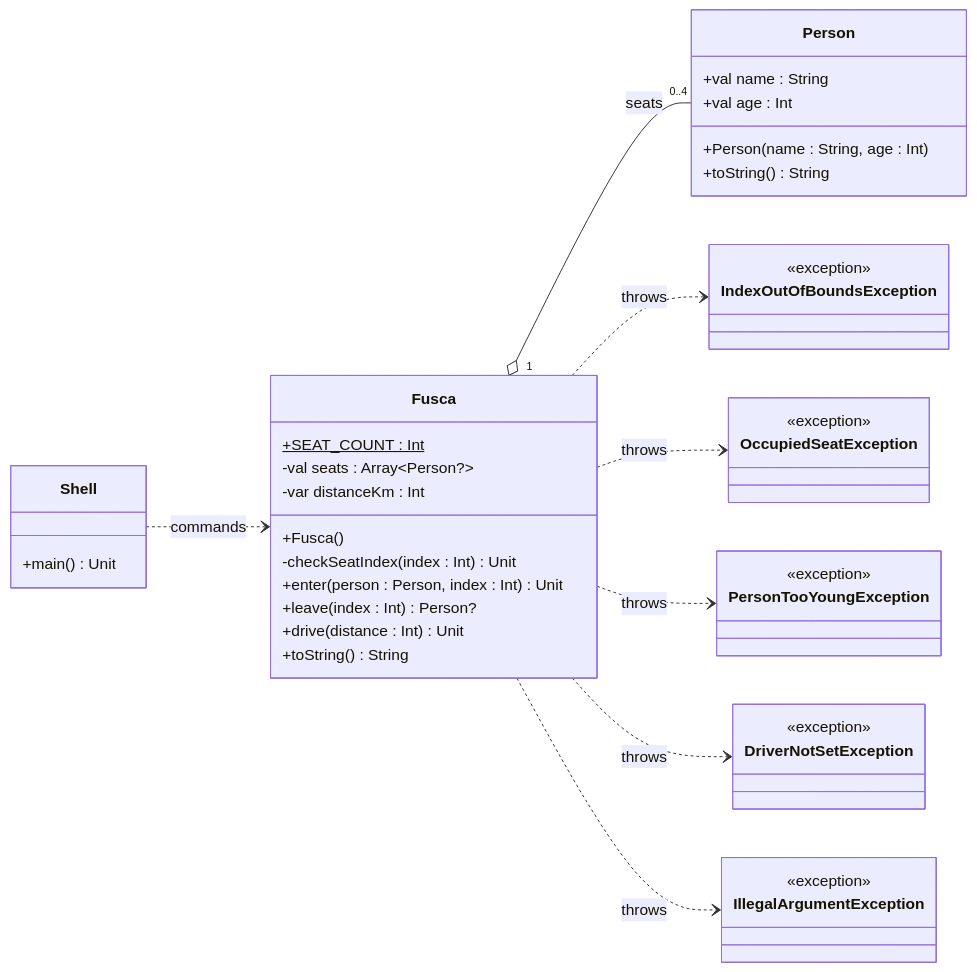
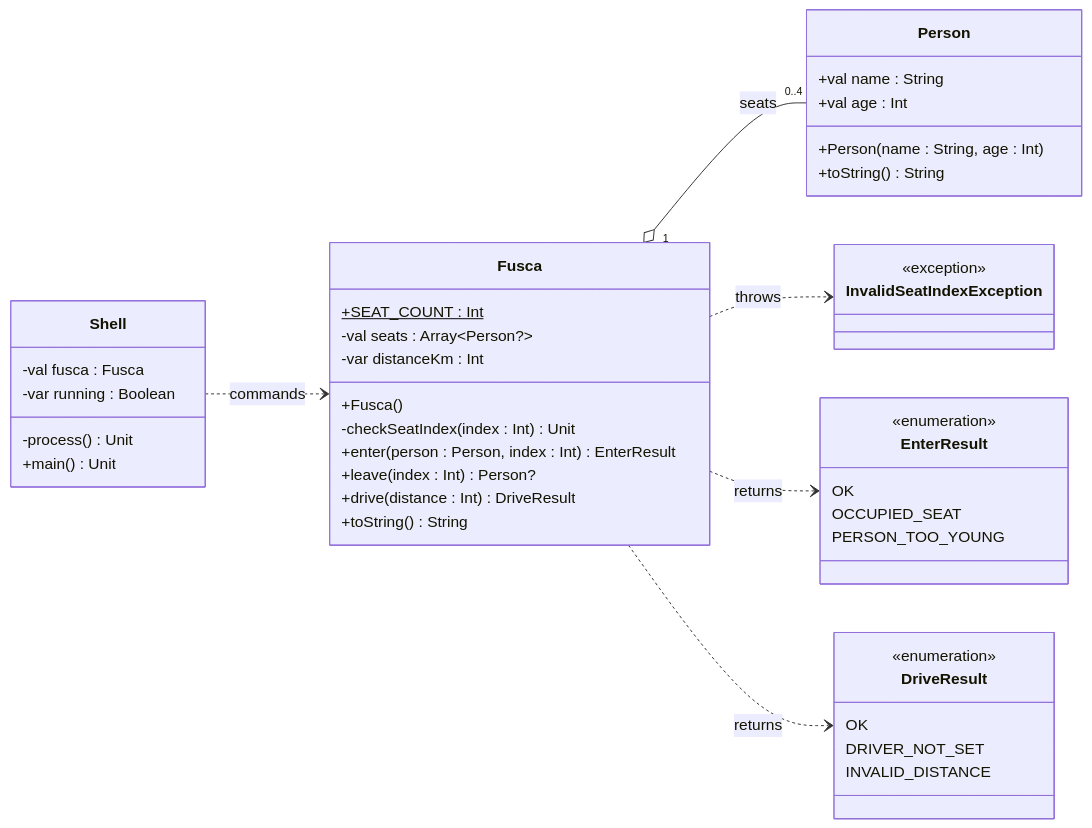
Before and after one commit to qxcodepoo/arcade: the diagram in labs/fusca/README.md, drawn with Mermaid. The commit also changed other lines of this file and 44 other files, not shown here.

````diff
--- a/labs/fusca/README.md
+++ b/labs/fusca/README.md
@@ -66,56 +64,55 @@
 ```mermaid
 %%{init: {'fontFamily': 'monospace'}}%%
 classDiagram
     direction LR
 
-    class IndexOutOfBoundsException {
+    class InvalidSeatIndexException {
         <<exception>>
+    }
+
+    class EnterResult {
+        <<enumeration>>
+        OK
+        OCCUPIED_SEAT
+        PERSON_TOO_YOUNG
+    }
+
+    class DriveResult {
+        <<enumeration>>
+        OK
+        DRIVER_NOT_SET
+        INVALID_DISTANCE
     }
 
     class Person {
         +val name : String
         +val age : Int
         +Person(name : String, age : Int)
         +toString() String
     }
 
-    class OccupiedSeatException {
-        <<exception>>
-    }
-
-    class PersonTooYoungException {
-        <<exception>>
-    }
-
-    class DriverNotSetException {
-        <<exception>>
-    }
-
-    class IllegalArgumentException {
-        <<exception>>
-    }
-
     class Fusca {
         +SEAT_COUNT : Int$
         -val seats : Array~Person?~
         -var distanceKm : Int
         +Fusca()
         -checkSeatIndex(index : Int) Unit
-        +enter(person : Person, index : Int) Unit
+        +enter(person : Person, index : Int) EnterResult
         +leave(index : Int) Person?
-        +drive(distance : Int) Unit
+        +drive(distance : Int) DriveResult
         +toString() String
     }
 
     class Shell {
+        -val fusca : Fusca
+        -var running : Boolean
+        -process() Unit
         +main() Unit
     }
 
     Fusca "1" o-- "0..4" Person : seats
-    Fusca ..> IndexOutOfBoundsException : throws
-    Fusca ..> OccupiedSeatException : throws
-    Fusca ..> PersonTooYoungException : throws
-    Fusca ..> DriverNotSetException : throws
-    Fusca ..> IllegalArgumentException : throws
+    Fusca ..> InvalidSeatIndexException : throws
+    Fusca ..> EnterResult : returns
+    Fusca ..> DriveResult : returns
     Shell ..> Fusca : commands
 ```
````
